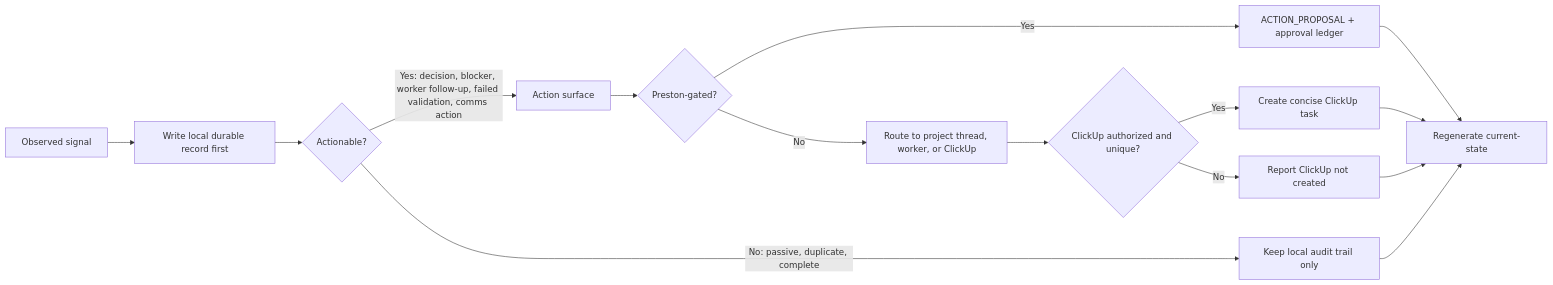
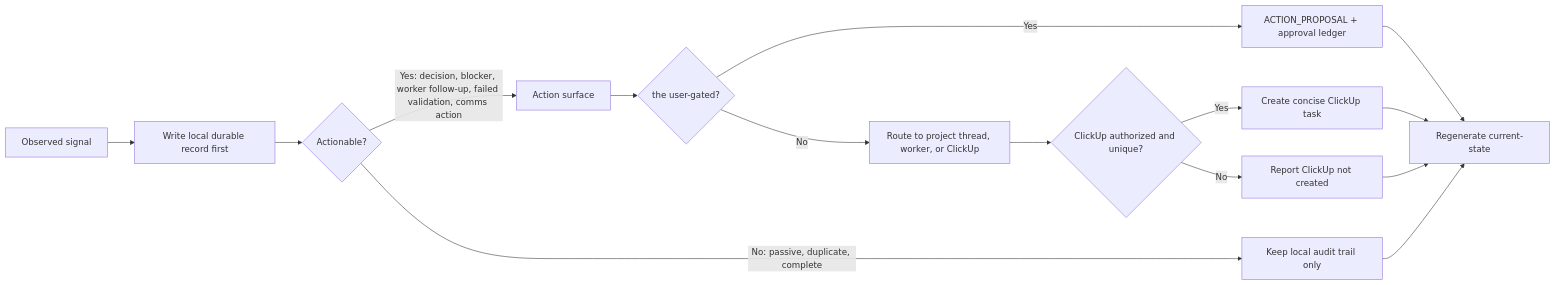
The second of 3 diagrams in docs/pm-system-overview.md (Splintered-Glass-Solutions/SGS_skills), drawn with Mermaid before and after one commit. The commit also changed other lines of this file and 162 other files, not shown here.

````diff
--- a/docs/pm-system-overview.md
+++ b/docs/pm-system-overview.md
@@ -52,21 +52,21 @@
 ```mermaid
 flowchart LR
   Observation["Observed signal"] --> Record["Write local durable record first"]
   Record --> Classify{"Actionable?"}
 
   Classify -->|"No: passive, duplicate, complete"| LedgerOnly["Keep local audit trail only"]
   Classify -->|"Yes: decision, blocker, worker follow-up, failed validation, comms action"| ActionSurface["Action surface"]
 
-  ActionSurface --> Approval{"Preston-gated?"}
+  ActionSurface --> Approval{"the user-gated?"}
   Approval -->|"Yes"| Proposal["ACTION_PROPOSAL + approval ledger"]
   Approval -->|"No"| Route["Route to project thread, worker, or ClickUp"]
 
   Route --> ClickUp{"ClickUp authorized and unique?"}
   ClickUp -->|"Yes"| Task["Create concise ClickUp task"]
   ClickUp -->|"No"| LocalOnly["Report ClickUp not created"]
 
   Proposal --> CurrentState["Regenerate current-state"]
   Task --> CurrentState
   LocalOnly --> CurrentState
   LedgerOnly --> CurrentState
 ```
````
